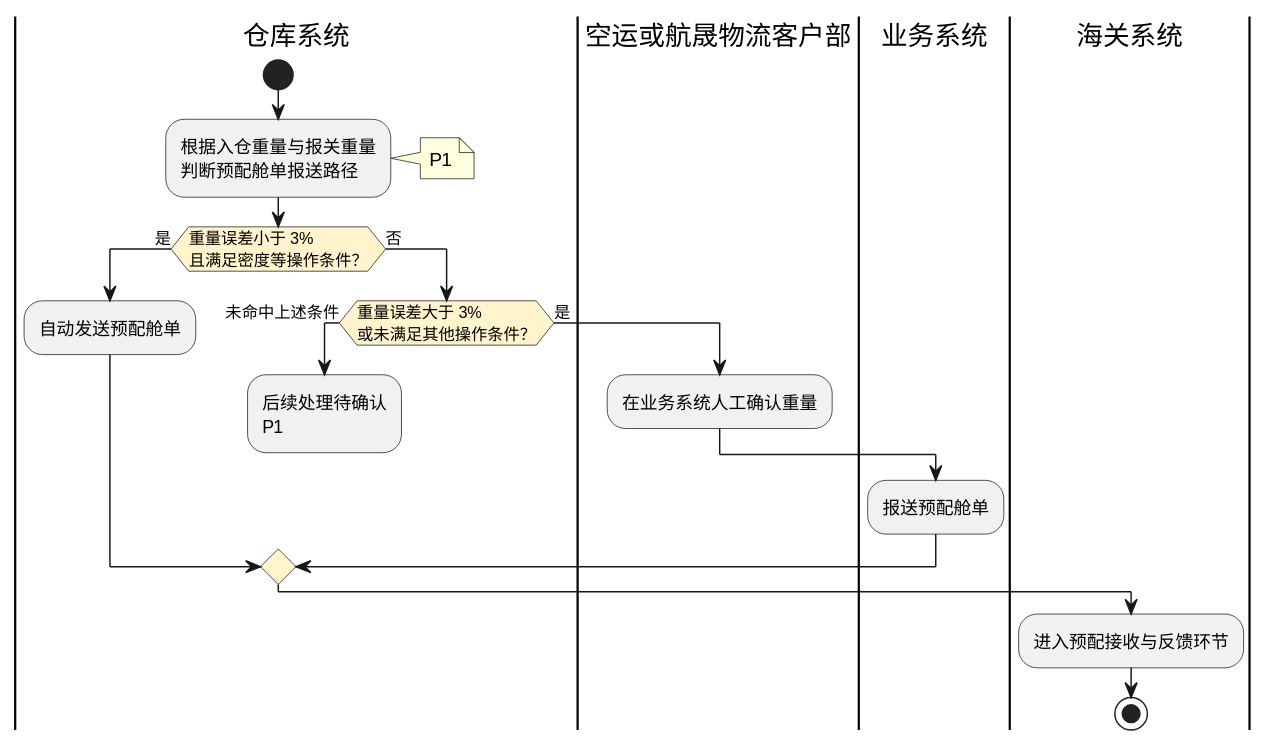
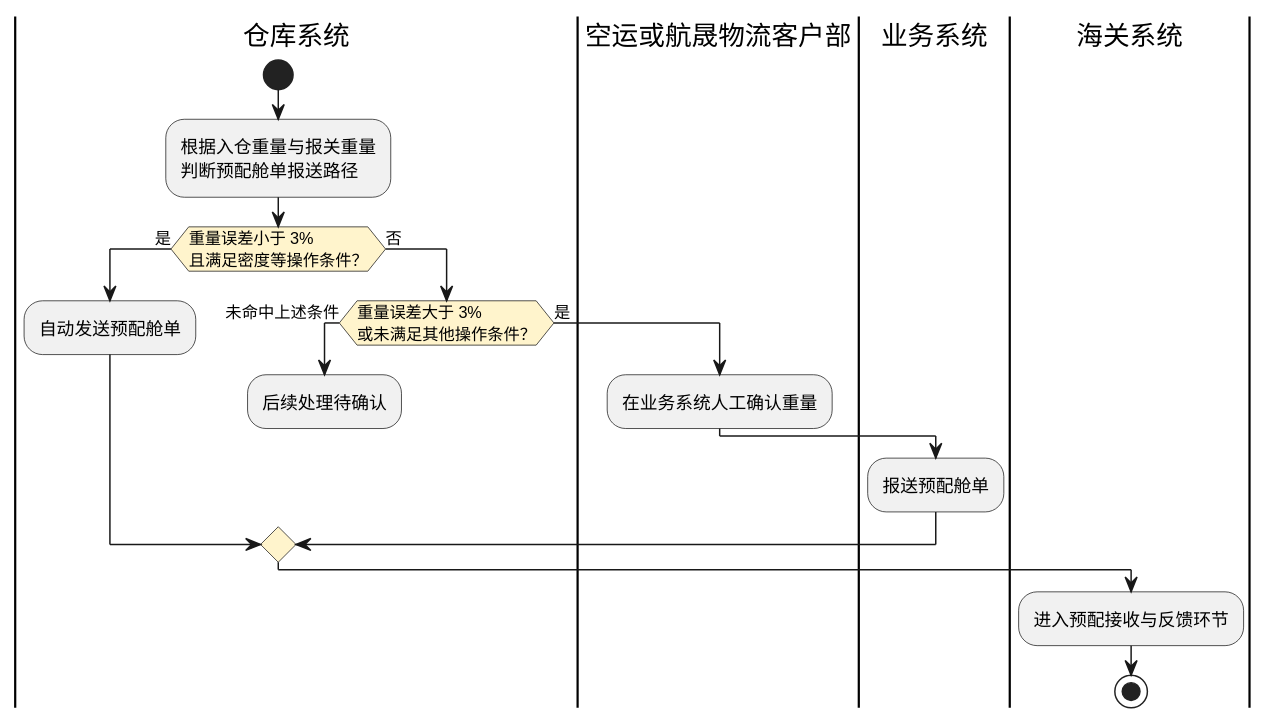
Before and after one commit to jack888332/projects-doc: the first of 3 diagrams in product-caliber/goldjet/segmented-prd/PRD.高捷物流系统一期.第033篇.DDP跨模块作业与结算流程.7579B595B8.md, drawn with PlantUML. The commit also changed other lines of this file and 24 other files, not shown here.

````diff
--- a/product-caliber/goldjet/segmented-prd/PRD.高捷物流系统一期.第033篇.DDP跨模块作业与结算流程.7579B595B8.md
+++ b/product-caliber/goldjet/segmented-prd/PRD.高捷物流系统一期.第033篇.DDP跨模块作业与结算流程.7579B595B8.md
@@ -55,26 +55,25 @@
 ```plantuml
 @startuml goldjet-033-manifest-routing
 skinparam activityDiamondBackgroundColor #FFF4CC
 |仓库系统|
 start
 :根据入仓重量与报关重量\n判断预配舱单报送路径;
-note right: P1
 if (重量误差小于 3%\n且满足密度等操作条件？) then (是)
   :自动发送预配舱单;
 else (否)
   if (重量误差大于 3%\n或未满足其他操作条件？) then (未命中上述条件)
     |仓库系统|
-    :后续处理待确认\nP1;
+    :后续处理待确认;
     detach
   else (是)
     |空运或航晟物流客户部|
     :在业务系统人工确认重量;
     |业务系统|
     :报送预配舱单;
   endif
 endif
 |海关系统|
 :进入预配接收与反馈环节;
 stop
 @enduml
 ```
````
